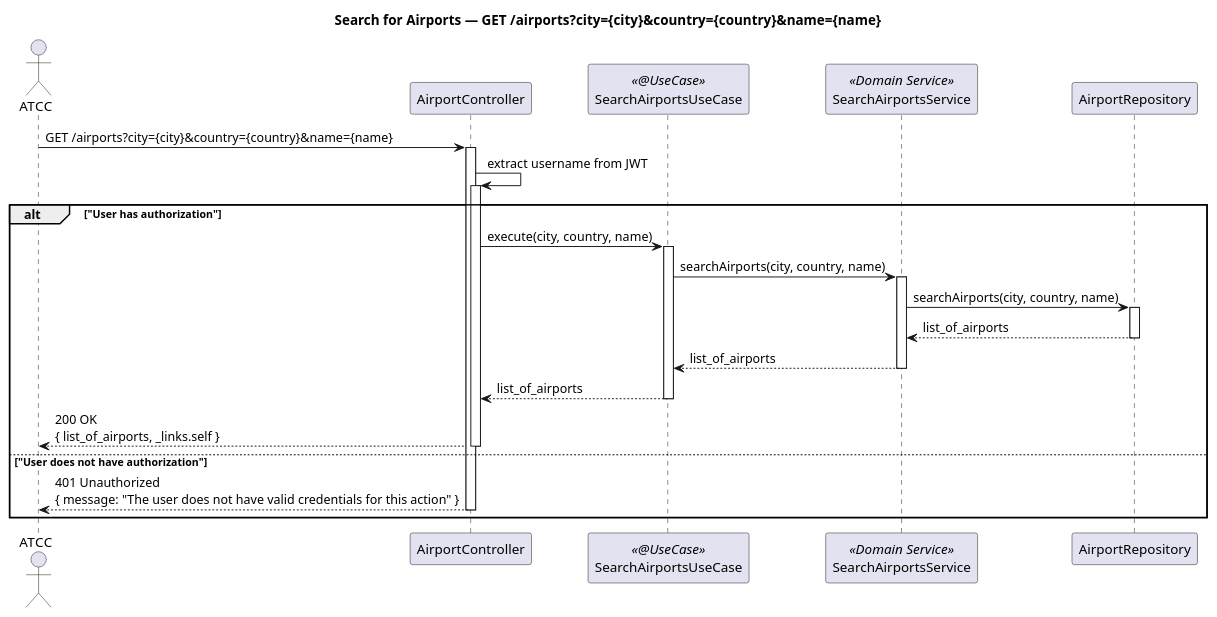
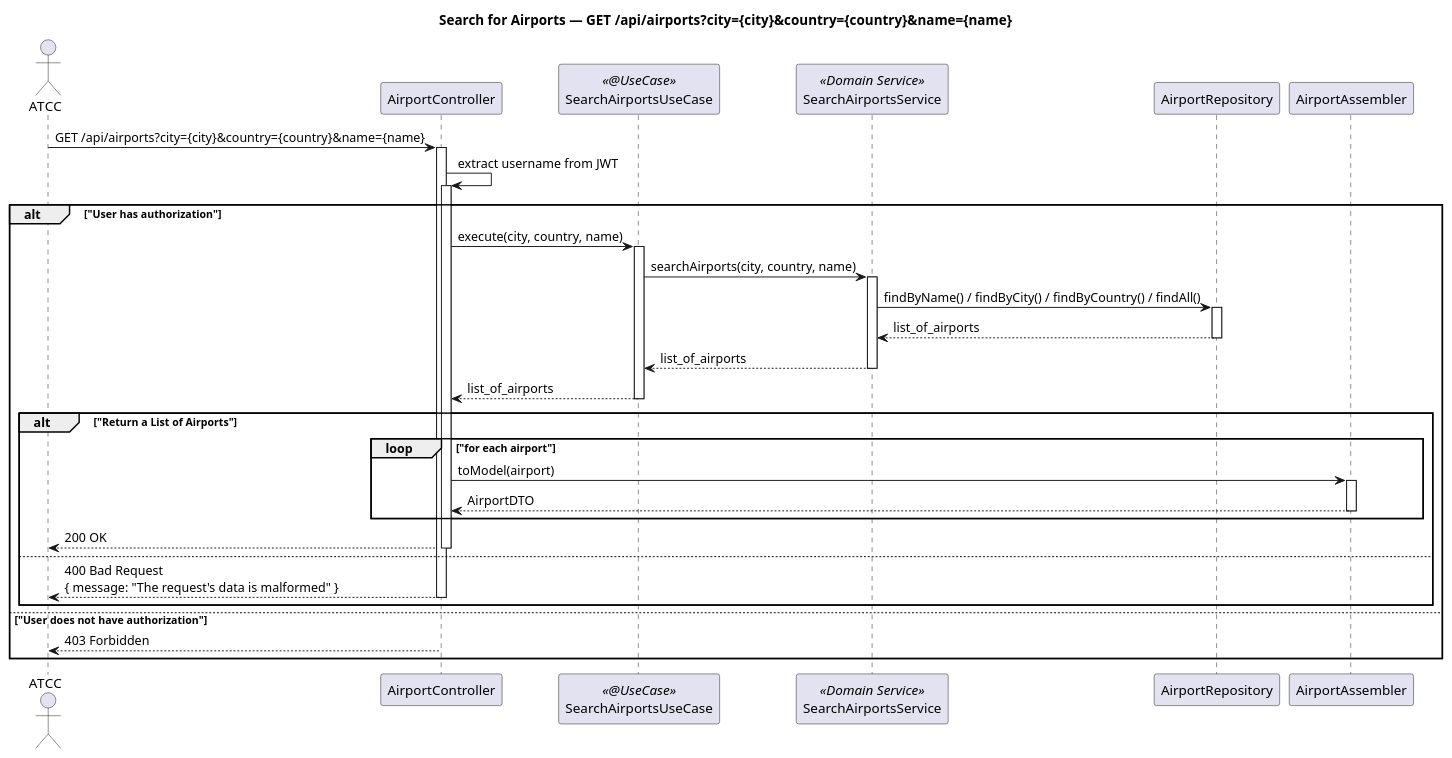
One commit to miguelsiilva1/PSOFT_1241008_1241131_1200858_1210977 changed the diagram in docs/system-documentation/WP#2A/US108/US108_SD/US108_SD.puml. Above: the diagram before and after it, drawn with PlantUML. The commit also changed 60 other files, not shown here.

```diff
--- a/docs/system-documentation/WP#2A/US108/US108_SD/US108_SD.puml
+++ b/docs/system-documentation/WP#2A/US108/US108_SD/US108_SD.puml
@@ -1,29 +1,38 @@
 @startuml
-title Search for Airports — GET /airports?city={city}&country={country}&name={name}
+title Search for Airports — GET /api/airports?city={city}&country={country}&name={name}
 
 autoactivate on
 
 actor "ATCC" as ATCC
 participant AirportController
 participant SearchAirportsUseCase <<@UseCase>>
 participant SearchAirportsService <<Domain Service>>
 participant AirportRepository
+participant AirportAssembler
 
-ATCC -> AirportController : GET /airports?city={city}&country={country}&name={name}
+ATCC -> AirportController : GET /api/airports?city={city}&country={country}&name={name}
 
 AirportController -> AirportController : extract username from JWT
 alt "User has authorization"
     AirportController -> SearchAirportsUseCase : execute(city, country, name)
         SearchAirportsUseCase -> SearchAirportsService : searchAirports(city, country, name)
-            SearchAirportsService -> AirportRepository : searchAirports(city, country, name)
+            SearchAirportsService -> AirportRepository : findByName() / findByCity() / findByCountry() / findAll()
             AirportRepository --> SearchAirportsService : list_of_airports
         SearchAirportsService --> SearchAirportsUseCase : list_of_airports
     SearchAirportsUseCase --> AirportController : list_of_airports
 
-    AirportController --> ATCC : 200 OK\n{ list_of_airports, _links.self }
+    alt "Return a List of Airports"
+        loop "for each airport"
+            AirportController -> AirportAssembler : toModel(airport)
+            return AirportDTO
+        end
+        AirportController --> ATCC : 200 OK
+    else
+        AirportController --> ATCC : 400 Bad Request\n{ message: "The request's data is malformed" }
+    end
 
 else "User does not have authorization"
-    AirportController --> ATCC : 401 Unauthorized\n{ message: "The user does not have valid credentials for this action" }
+    AirportController --> ATCC : 403 Forbidden
 end
 
 @enduml
```
